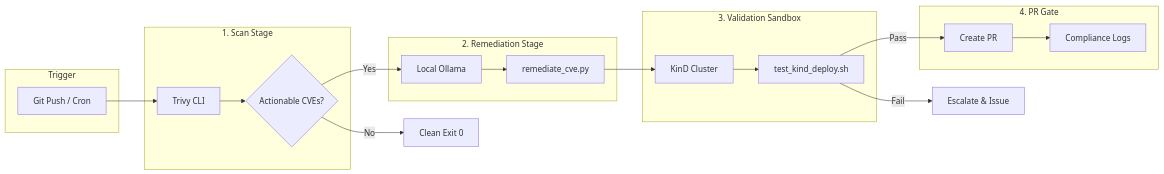
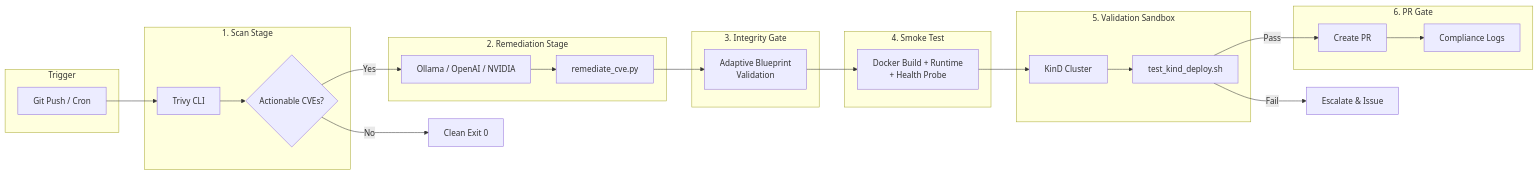
One commit to barbaria888/SupplyChain-Guardian-AI-Github_Action changed the diagram in Architecture.md. Above: the diagram before and after it, drawn with Mermaid. The commit also changed other lines of this file and 2 other files, not shown here.

First line of the commit message:
docs: sync all documentation to v2.0.0 architecture

````diff
--- a/Architecture.md
+++ b/Architecture.md
@@ -15,25 +14,33 @@
 ```mermaid
 flowchart LR
     subgraph Trigger
         A[Git Push / Cron]
     end
-    subgraph SecOps [1. Scan Stage]
+    subgraph SecOps ["1. Scan Stage"]
         B[Trivy CLI] --> C{Actionable CVEs?}
     end
-    subgraph AIPatcher [2. Remediation Stage]
-        D[Local Ollama] --> E[remediate_cve.py]
+    subgraph AIPatcher ["2. Remediation Stage"]
+        D[Ollama / OpenAI / NVIDIA] --> E["remediate_cve.py"]
     end
-    subgraph SRE [3. Validation Sandbox]
-        F[KinD Cluster] --> G[test_kind_deploy.sh]
+    subgraph Integrity ["3. Integrity Gate"]
+        F["Adaptive Blueprint\nValidation"]
     end
-    subgraph Release [4. PR Gate]
-        H[Create PR] --> I[Compliance Logs]
+    subgraph SmokeTest ["4. Smoke Test"]
+        G["Docker Build + Runtime\n+ Health Probe"]
+    end
+    subgraph SRE ["5. Validation Sandbox"]
+        H[KinD Cluster] --> I["test_kind_deploy.sh"]
+    end
+    subgraph Release ["6. PR Gate"]
+        J[Create PR] --> K[Compliance Logs]
     end
 
     A --> B
     C -->|Yes| D
     C -->|No| Exit[Clean Exit 0]
     E --> F
-    G -->|Pass| H
-    G -->|Fail| Esc[Escalate & Issue]
+    F --> G
+    G --> H
+    I -->|Pass| J
+    I -->|Fail| Esc["Escalate & Issue"]
 ```
````
